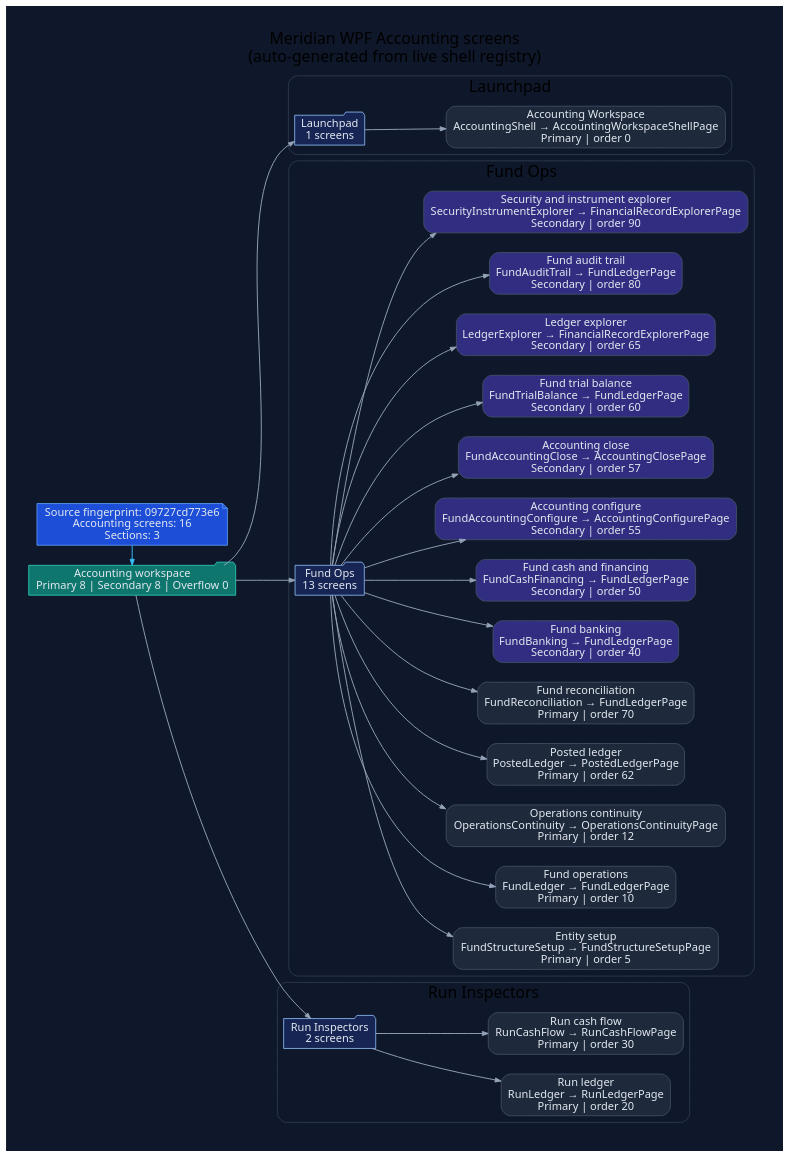
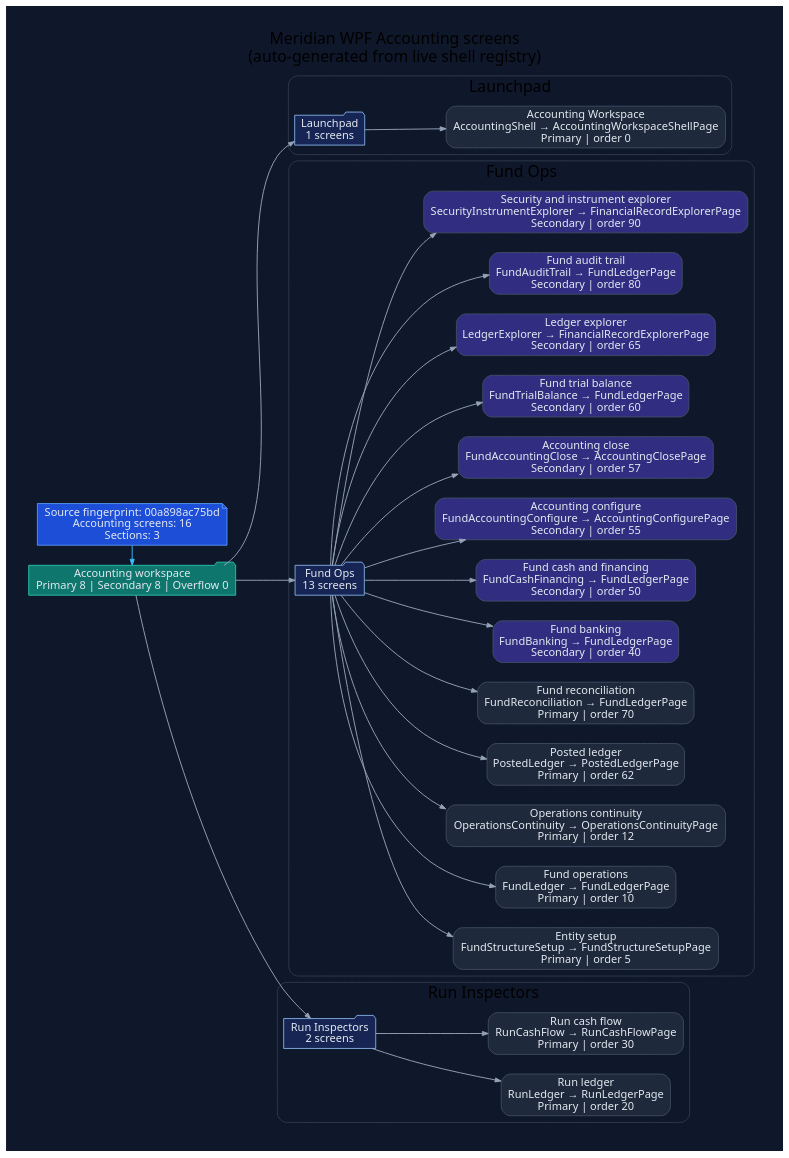
One commit to rodoHasArrived/Meridian-main changed the diagram in docs/diagrams/ui-wpf-screens-accounting.dot. Above: the diagram before and after it, drawn with Graphviz. The commit also changed 62 other files, not shown here.

```diff
--- a/docs/diagrams/ui-wpf-screens-accounting.dot
+++ b/docs/diagrams/ui-wpf-screens-accounting.dot
@@ -1,82 +1,82 @@
 // -----------------------------------------------------------------------------
 // <auto-generated>
 // Generated by scripts/generate-diagrams.mjs.
 // Do not edit this file directly; update the WPF source files instead.
 // -----------------------------------------------------------------------------
 digraph WpfAccountingScreens {
   graph [
     rankdir=LR,
     labelloc=t,
     label="Meridian WPF Accounting screens\n(auto-generated from live shell registry)",
     fontname="Segoe UI",
     fontsize=20,
     pad=0.4,
     nodesep=0.35,
     ranksep=0.85,
     bgcolor="#0f172a"
   ];
   node [fontname="Segoe UI", shape=box, style="rounded,filled", color="#475569", fontcolor="#e2e8f0", fillcolor="#1e293b"];
   edge [fontname="Segoe UI", color="#94a3b8", penwidth=1.2, arrowsize=0.75];
 
-  generated [shape=note, fillcolor="#1d4ed8", color="#60a5fa", label="Source fingerprint: 09727cd773e6\nAccounting screens: 16\nSections: 3"];
+  generated [shape=note, fillcolor="#1d4ed8", color="#60a5fa", label="Source fingerprint: 00a898ac75bd\nAccounting screens: 16\nSections: 3"];
   workspace [shape=folder, fillcolor="#0f766e", color="#2dd4bf", label="Accounting workspace\nPrimary 8 | Secondary 8 | Overflow 0"];
   generated -> workspace [color="#38bdf8"];
 
   subgraph cluster_section_1 {
     label="Launchpad";
     color="#334155";
     style="rounded";
     section_1 [shape=folder, fillcolor="#172554", color="#93c5fd", label="Launchpad\n1 screens"];
     workspace -> section_1;
     screen_AccountingShell [fillcolor="#1e293b", label="Accounting Workspace\nAccountingShell → AccountingWorkspaceShellPage\nPrimary | order 0"];
     section_1 -> screen_AccountingShell;
   }
 
   subgraph cluster_section_2 {
     label="Fund Ops";
     color="#334155";
     style="rounded";
     section_2 [shape=folder, fillcolor="#172554", color="#93c5fd", label="Fund Ops\n13 screens"];
     workspace -> section_2;
     screen_FundStructureSetup [fillcolor="#1e293b", label="Entity setup\nFundStructureSetup → FundStructureSetupPage\nPrimary | order 5"];
     section_2 -> screen_FundStructureSetup;
     screen_FundLedger [fillcolor="#1e293b", label="Fund operations\nFundLedger → FundLedgerPage\nPrimary | order 10"];
     section_2 -> screen_FundLedger;
     screen_OperationsContinuity [fillcolor="#1e293b", label="Operations continuity\nOperationsContinuity → OperationsContinuityPage\nPrimary | order 12"];
     section_2 -> screen_OperationsContinuity;
     screen_PostedLedger [fillcolor="#1e293b", label="Posted ledger\nPostedLedger → PostedLedgerPage\nPrimary | order 62"];
     section_2 -> screen_PostedLedger;
     screen_FundReconciliation [fillcolor="#1e293b", label="Fund reconciliation\nFundReconciliation → FundLedgerPage\nPrimary | order 70"];
     section_2 -> screen_FundReconciliation;
     screen_FundBanking [fillcolor="#312e81", label="Fund banking\nFundBanking → FundLedgerPage\nSecondary | order 40"];
     section_2 -> screen_FundBanking;
     screen_FundCashFinancing [fillcolor="#312e81", label="Fund cash and financing\nFundCashFinancing → FundLedgerPage\nSecondary | order 50"];
     section_2 -> screen_FundCashFinancing;
     screen_FundAccountingConfigure [fillcolor="#312e81", label="Accounting configure\nFundAccountingConfigure → AccountingConfigurePage\nSecondary | order 55"];
     section_2 -> screen_FundAccountingConfigure;
     screen_FundAccountingClose [fillcolor="#312e81", label="Accounting close\nFundAccountingClose → AccountingClosePage\nSecondary | order 57"];
     section_2 -> screen_FundAccountingClose;
     screen_FundTrialBalance [fillcolor="#312e81", label="Fund trial balance\nFundTrialBalance → FundLedgerPage\nSecondary | order 60"];
     section_2 -> screen_FundTrialBalance;
     screen_LedgerExplorer [fillcolor="#312e81", label="Ledger explorer\nLedgerExplorer → FinancialRecordExplorerPage\nSecondary | order 65"];
     section_2 -> screen_LedgerExplorer;
     screen_FundAuditTrail [fillcolor="#312e81", label="Fund audit trail\nFundAuditTrail → FundLedgerPage\nSecondary | order 80"];
     section_2 -> screen_FundAuditTrail;
     screen_SecurityInstrumentExplorer [fillcolor="#312e81", label="Security and instrument explorer\nSecurityInstrumentExplorer → FinancialRecordExplorerPage\nSecondary | order 90"];
     section_2 -> screen_SecurityInstrumentExplorer;
   }
 
   subgraph cluster_section_3 {
     label="Run Inspectors";
     color="#334155";
     style="rounded";
     section_3 [shape=folder, fillcolor="#172554", color="#93c5fd", label="Run Inspectors\n2 screens"];
     workspace -> section_3;
     screen_RunLedger [fillcolor="#1e293b", label="Run ledger\nRunLedger → RunLedgerPage\nPrimary | order 20"];
     section_3 -> screen_RunLedger;
     screen_RunCashFlow [fillcolor="#1e293b", label="Run cash flow\nRunCashFlow → RunCashFlowPage\nPrimary | order 30"];
     section_3 -> screen_RunCashFlow;
   }
 
   { rank=min; generated; workspace; }
 }
```
